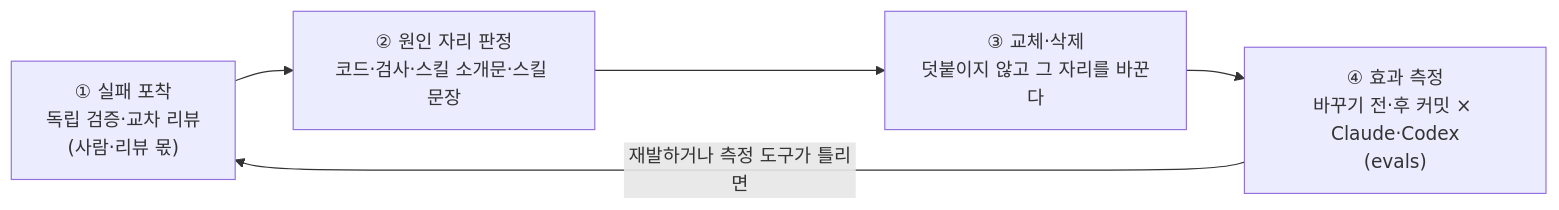
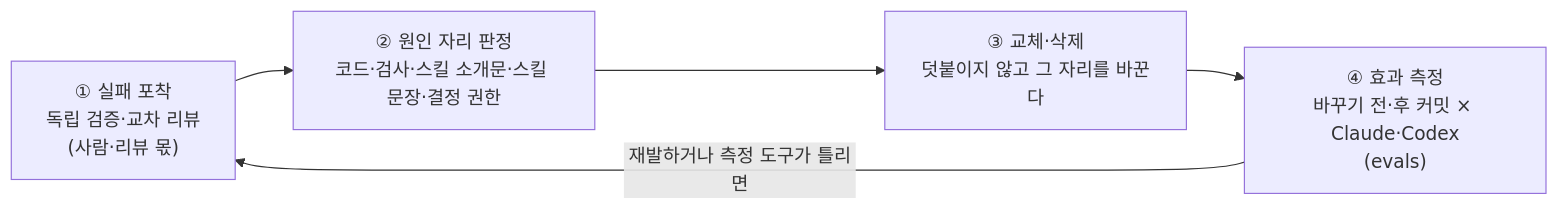
The second of 2 diagrams in README.md (taehyung-lab/agent-workflow-kit), drawn with Mermaid before and after one commit. The commit also changed other lines of this file and 6 other files, not shown here.

````diff
--- a/README.md
+++ b/README.md
@@ -125,9 +146,9 @@
 ```mermaid
 flowchart LR
   F["① 실패 포착<br/>독립 검증·교차 리뷰<br/>(사람·리뷰 몫)"]
-  L["② 원인 자리 판정<br/>코드·검사·스킬 소개문·스킬 문장"]
+  L["② 원인 자리 판정<br/>코드·검사·스킬 소개문·스킬 문장·결정 권한"]
   X["③ 교체·삭제<br/>덧붙이지 않고 그 자리를 바꾼다"]
   M["④ 효과 측정<br/>바꾸기 전·후 커밋 × Claude·Codex<br/>(evals)"]
   F --> L --> X --> M
   M -->|재발하거나 측정 도구가 틀리면| F
 ```
````
